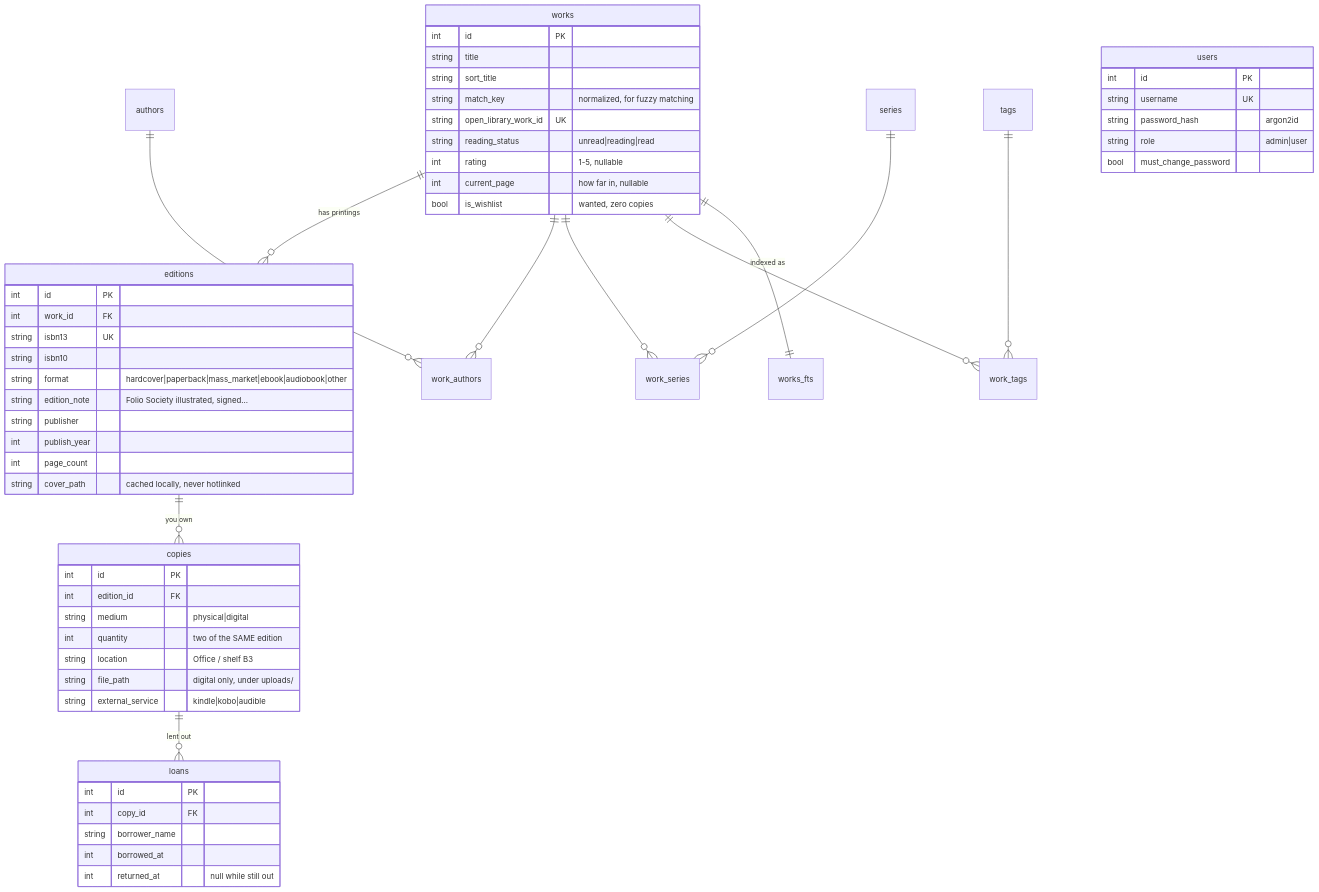
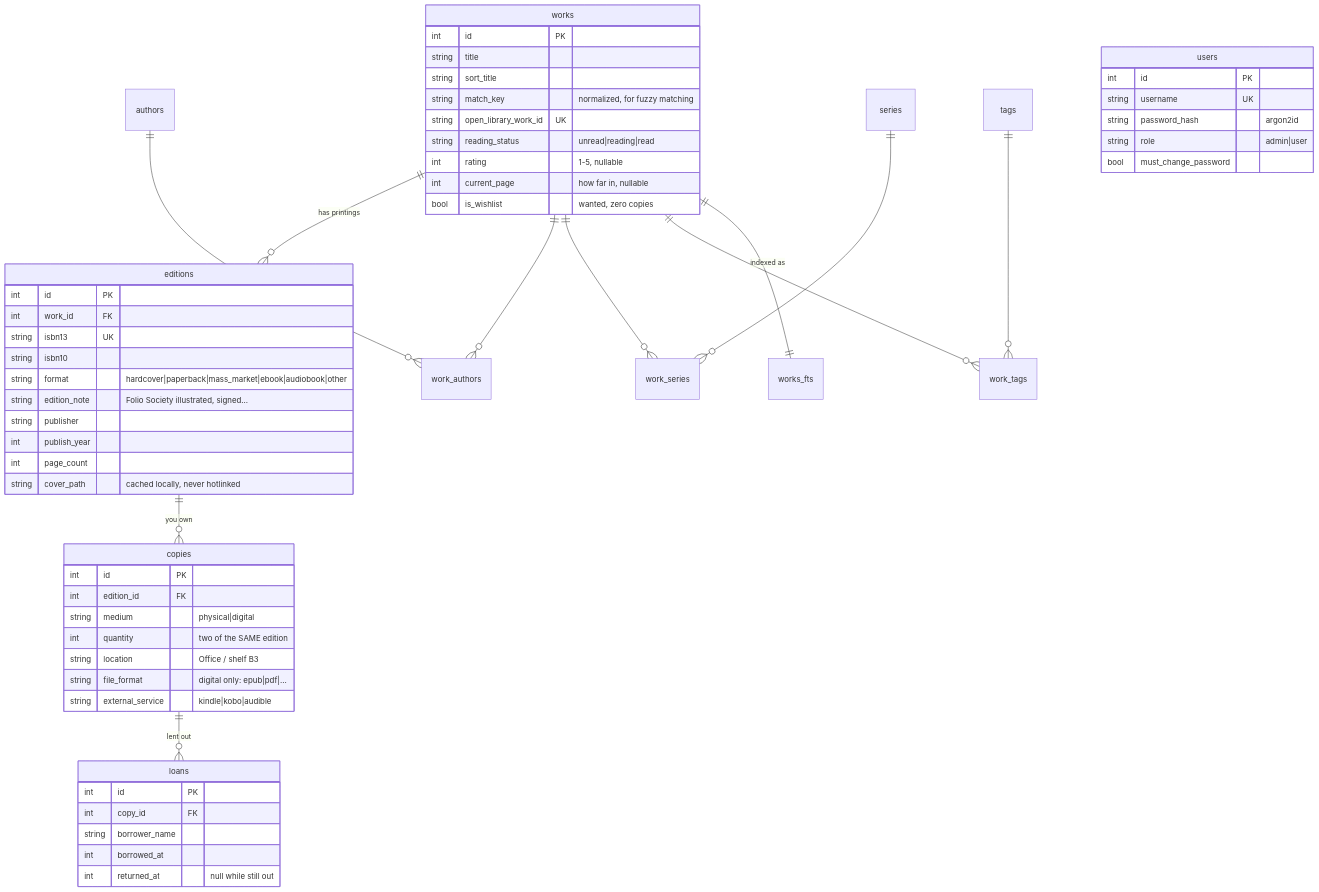
The diagram in docs/03-data-model.md (rivegauchedev/librero), drawn with Mermaid before and after one commit. The commit also changed other lines of this file and 29 other files, not shown here.

````diff
--- a/docs/03-data-model.md
+++ b/docs/03-data-model.md
@@ -22,60 +22,60 @@
 ```mermaid
 erDiagram
     works ||--o{ editions : "has printings"
     editions ||--o{ copies : "you own"
     copies ||--o{ loans : "lent out"
     works ||--o{ work_authors : ""
     authors ||--o{ work_authors : ""
     works ||--o{ work_series : ""
     series ||--o{ work_series : ""
     works ||--o{ work_tags : ""
     tags ||--o{ work_tags : ""
     works ||--|| works_fts : "indexed as"
 
     works {
         int id PK
         string title
         string sort_title
         string match_key "normalized, for fuzzy matching"
         string open_library_work_id UK
         string reading_status "unread|reading|read"
         int rating "1-5, nullable"
         int current_page "how far in, nullable"
         bool is_wishlist "wanted, zero copies"
     }
     editions {
         int id PK
         int work_id FK
         string isbn13 UK
         string isbn10
         string format "hardcover|paperback|mass_market|ebook|audiobook|other"
         string edition_note "Folio Society illustrated, signed..."
         string publisher
         int publish_year
         int page_count
         string cover_path "cached locally, never hotlinked"
     }
     copies {
         int id PK
         int edition_id FK
         string medium "physical|digital"
         int quantity "two of the SAME edition"
         string location "Office / shelf B3"
-        string file_path "digital only, under uploads/"
+        string file_format "digital only: epub|pdf|…"
         string external_service "kindle|kobo|audible"
     }
     loans {
         int id PK
         int copy_id FK
         string borrower_name
         int borrowed_at
         int returned_at "null while still out"
     }
     users {
         int id PK
         string username UK
         string password_hash "argon2id"
         string role "admin|user"
         bool must_change_password
     }
 ```
````
